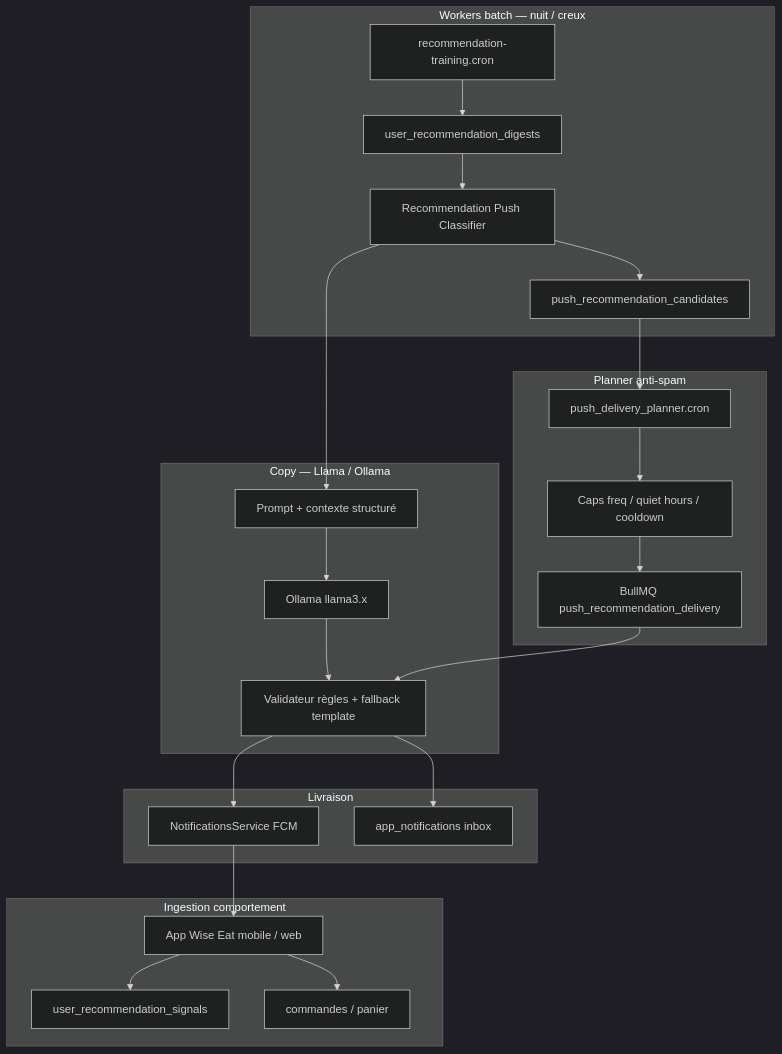
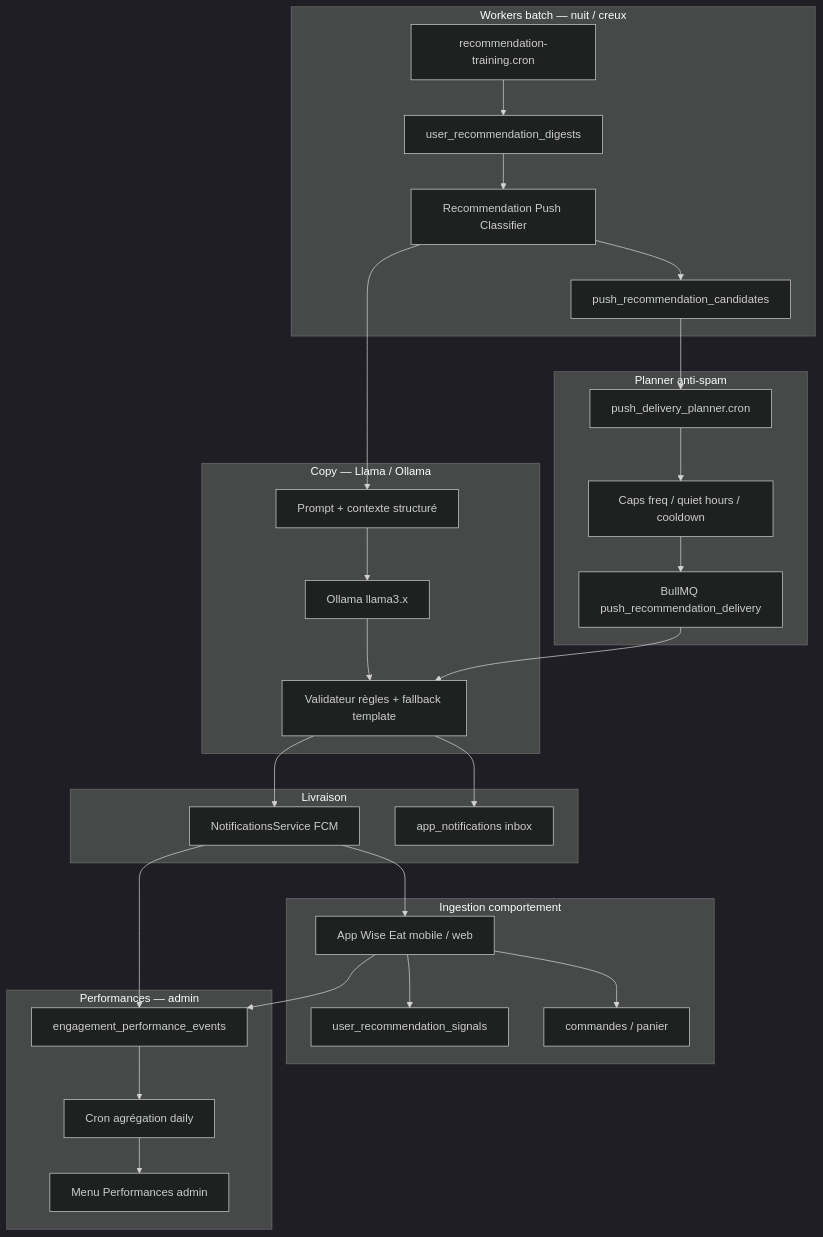
Before and after one commit to AfrikanMeals/africa-meals-api: the diagram in docs/RECOMMENDATION.md, drawn with Mermaid (dark theme). The commit also changed other lines of this file and 4 other files, not shown here.

````diff
--- a/docs/RECOMMENDATION.md
+++ b/docs/RECOMMENDATION.md
@@ -42,46 +44,55 @@
 ```mermaid
 flowchart TB
   subgraph ingest [Ingestion comportement]
     Mobile[App Wise Eat mobile / web]
     Signals[user_recommendation_signals]
     Orders[commandes / panier]
     Mobile --> Signals
     Mobile --> Orders
   end
 
   subgraph batch [Workers batch — nuit / creux]
     Train[recommendation-training.cron]
     Classify[Recommendation Push Classifier]
     Digest[user_recommendation_digests]
     Candidates[push_recommendation_candidates]
     Train --> Digest
     Classify --> Candidates
     Digest --> Classify
   end
 
   subgraph llm [Copy — Llama / Ollama]
     Template[Prompt + contexte structuré]
     Ollama[Ollama llama3.x]
     Guard[Validateur règles + fallback template]
     Template --> Ollama --> Guard
   end
 
   subgraph plan [Planner anti-spam]
     Scheduler[push_delivery_planner.cron]
     Queue[BullMQ push_recommendation_delivery]
     Caps[Caps freq / quiet hours / cooldown]
     Scheduler --> Caps --> Queue
   end
 
   subgraph deliver [Livraison]
     FCM[NotificationsService FCM]
     Inbox[app_notifications inbox]
     Queue --> Guard
     Guard --> FCM
     Guard --> Inbox
   end
 
+  subgraph perf [Performances — admin]
+    Events[engagement_performance_events]
+    Agg[Cron agrégation daily]
+    AdminUI[Menu Performances admin]
+    FCM --> Events
+    Mobile --> Events
+    Events --> Agg --> AdminUI
+  end
+
   Candidates --> Scheduler
   Classify --> Template
   FCM --> Mobile
 ```
````
